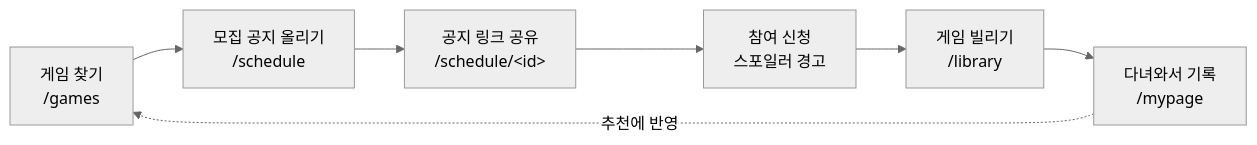
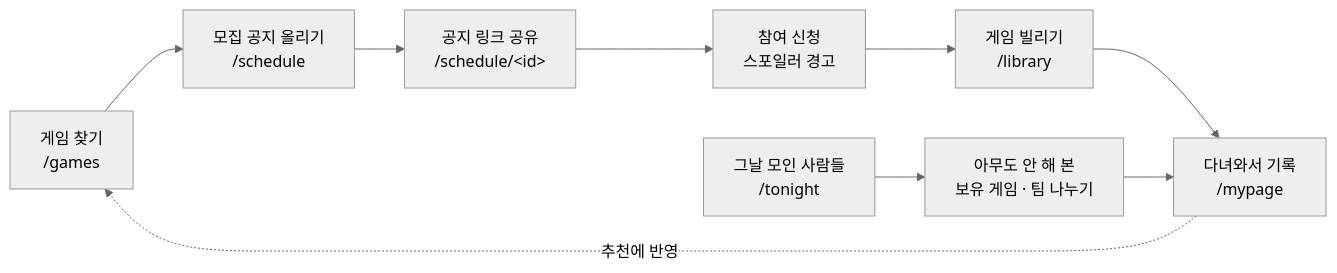
The first of 3 diagrams in README.md (reno-del/mahamurder), drawn with Mermaid (neutral theme) before and after one commit. The commit also changed other lines of this file and 12 other files, not shown here.

````diff
--- a/README.md
+++ b/README.md
@@ -11,9 +11,11 @@
 ```mermaid
 flowchart LR
   A[게임 찾기<br>/games] --> B[모집 공지 올리기<br>/schedule]
   B --> C[공지 링크 공유<br>/schedule/&lt;id&gt;]
   C --> D[참여 신청<br>스포일러 경고]
   D --> E[게임 빌리기<br>/library]
   E --> F[다녀와서 기록<br>/mypage]
   F -. 추천에 반영 .-> A
+  G[그날 모인 사람들<br>/tonight] --> H[아무도 안 해 본<br>보유 게임 · 팀 나누기]
+  H --> F
 ```
````
